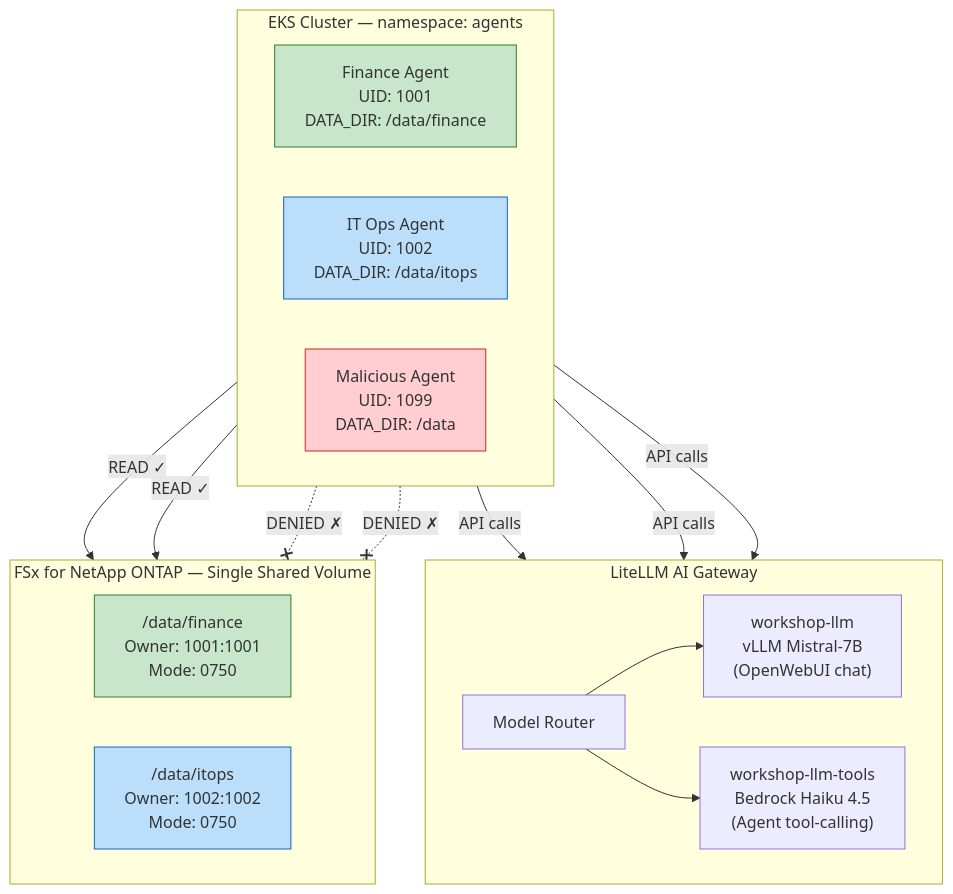
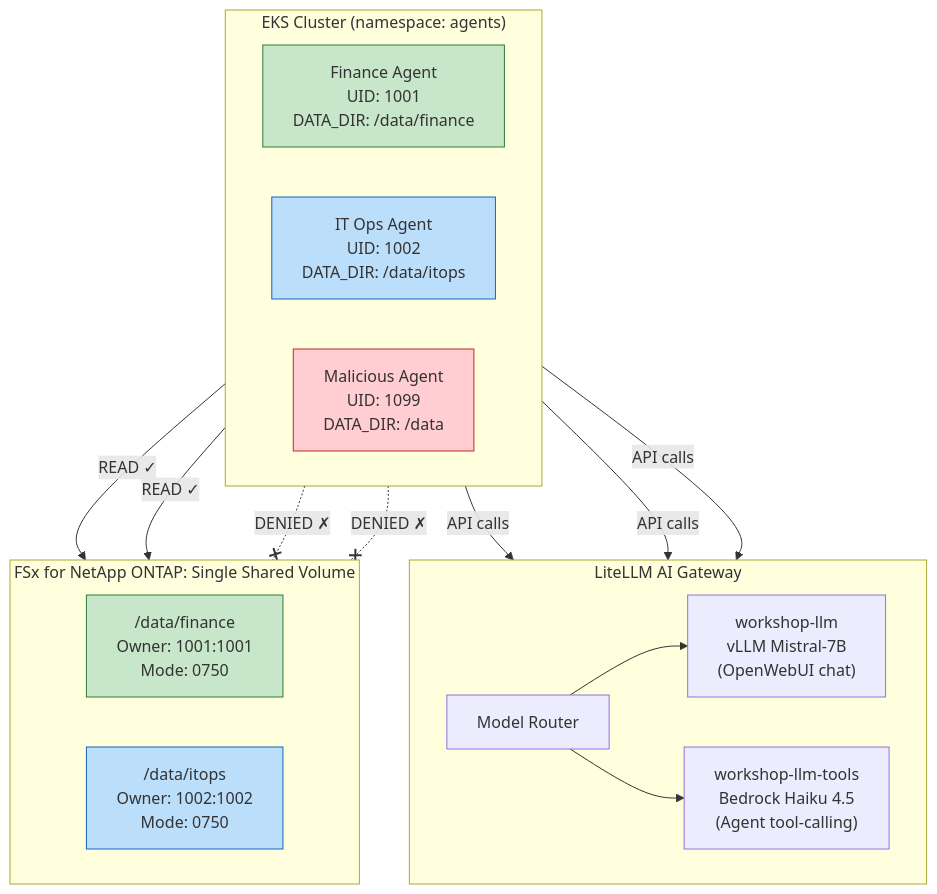
The diagram in content/400_module4_agentic_fsxn/index.en.md (git4example/genai-fsx-netapp-ontap-workshop-on-eks-auto), drawn with Mermaid before and after one commit. The commit also changed other lines of this file and 22 other files, not shown here.

````diff
--- a/content/400_module4_agentic_fsxn/index.en.md
+++ b/content/400_module4_agentic_fsxn/index.en.md
@@ -26,36 +26,36 @@
 ```mermaid
 flowchart TB
     subgraph GW_LAYER["LiteLLM AI Gateway"]
         direction LR
         GW["Model Router"]
         LLM["workshop-llm\nvLLM Mistral-7B\n(OpenWebUI chat)"]
         BR["workshop-llm-tools\nBedrock Haiku 4.5\n(Agent tool-calling)"]
         GW --> LLM
         GW --> BR
     end
 
-    subgraph EKS["EKS Cluster — namespace: agents"]
+    subgraph EKS["EKS Cluster (namespace: agents)"]
         direction LR
         FA["Finance Agent\nUID: 1001\nDATA_DIR: /data/finance"]
         IA["IT Ops Agent\nUID: 1002\nDATA_DIR: /data/itops"]
         MA["Malicious Agent\nUID: 1099\nDATA_DIR: /data"]
     end
 
-    subgraph FSxN["FSx for NetApp ONTAP — Single Shared Volume"]
+    subgraph FSxN["FSx for NetApp ONTAP: Single Shared Volume"]
         direction LR
         FD["/data/finance\nOwner: 1001:1001\nMode: 0750"]
         ID["/data/itops\nOwner: 1002:1002\nMode: 0750"]
     end
 
     FA & IA & MA -->|API calls| GW
     FA -->|"READ ✓"| FD
     IA -->|"READ ✓"| ID
     MA -.-x|"DENIED ✗"| FD
     MA -.-x|"DENIED ✗"| ID
 
     style FA fill:#c8e6c9,stroke:#2e7d32
     style IA fill:#bbdefb,stroke:#1565c0
     style MA fill:#ffcdd2,stroke:#c62828
     style FD fill:#c8e6c9,stroke:#2e7d32
     style ID fill:#bbdefb,stroke:#1565c0
 ```
````
